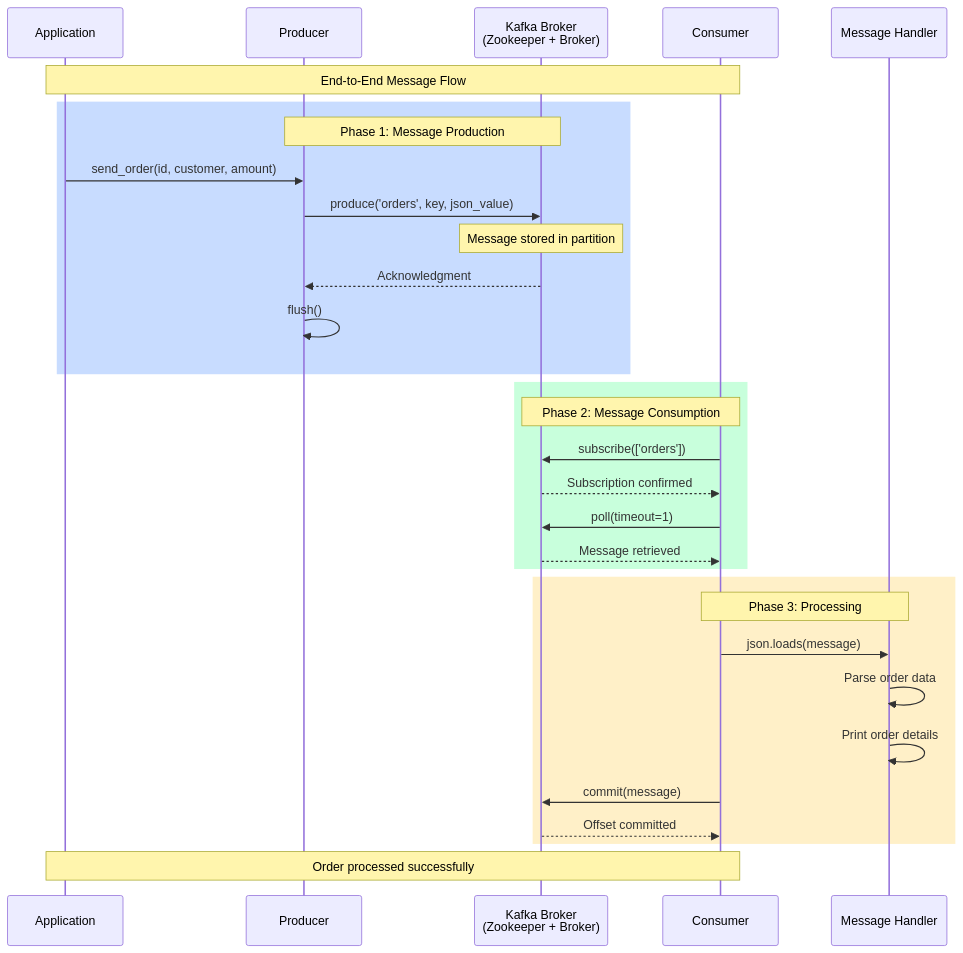
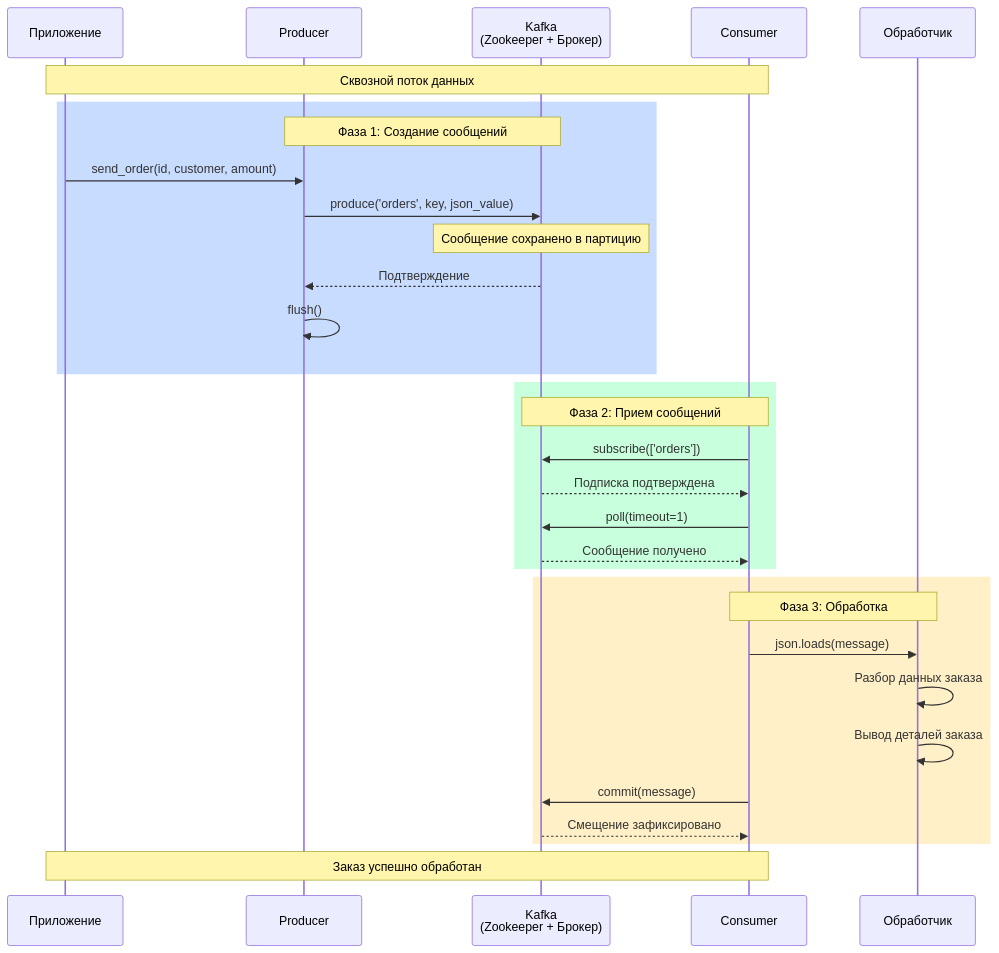
Before and after one commit to J4mes0n-04/broker-messaging-demo: the diagram in broker-messaging-demo/diagrams/03-end-to-end-flow.mmd, drawn with Mermaid. The commit also changed 4 other files, not shown here.

Commit message:
Update diagrams: producer, consumer, end-to-end, integration test, and system architecture flows

```diff
--- a/broker-messaging-demo/diagrams/03-end-to-end-flow.mmd
+++ b/broker-messaging-demo/diagrams/03-end-to-end-flow.mmd
@@ -1,36 +1,36 @@
 sequenceDiagram
-    participant App as Application
+    participant App as Приложение
     participant Producer as Producer
-    participant Kafka as Kafka Broker<br/>(Zookeeper + Broker)
+    participant Kafka as Kafka<br/>(Zookeeper + Брокер)
     participant Consumer as Consumer
-    participant Handler as Message Handler
+    participant Handler as Обработчик
 
-    Note over App,Consumer: End-to-End Message Flow
+    Note over App,Consumer: Сквозной поток данных
 
     rect rgb(200, 220, 255)
-    Note over Producer,Kafka: Phase 1: Message Production
+    Note over Producer,Kafka: Фаза 1: Создание сообщений
     App->>Producer: send_order(id, customer, amount)
     Producer->>Kafka: produce('orders', key, json_value)
-    Note over Kafka: Message stored in partition
-    Kafka-->>Producer: Acknowledgment
+    Note over Kafka: Сообщение сохранено в партицию
+    Kafka-->>Producer: Подтверждение
     Producer->>Producer: flush()
     end
 
     rect rgb(200, 255, 220)
-    Note over Kafka,Consumer: Phase 2: Message Consumption
+    Note over Kafka,Consumer: Фаза 2: Прием сообщений
     Consumer->>Kafka: subscribe(['orders'])
-    Kafka-->>Consumer: Subscription confirmed
+    Kafka-->>Consumer: Подписка подтверждена
     Consumer->>Kafka: poll(timeout=1)
-    Kafka-->>Consumer: Message retrieved
+    Kafka-->>Consumer: Сообщение получено
     end
 
     rect rgb(255, 240, 200)
-    Note over Consumer,Handler: Phase 3: Processing
+    Note over Consumer,Handler: Фаза 3: Обработка
     Consumer->>Handler: json.loads(message)
-    Handler->>Handler: Parse order data
-    Handler->>Handler: Print order details
+    Handler->>Handler: Разбор данных заказа
+    Handler->>Handler: Вывод деталей заказа
     Consumer->>Kafka: commit(message)
-    Kafka-->>Consumer: Offset committed
+    Kafka-->>Consumer: Смещение зафиксировано
     end
 
-    Note over App,Consumer: Order processed successfully
+    Note over App,Consumer: Заказ успешно обработан
```
